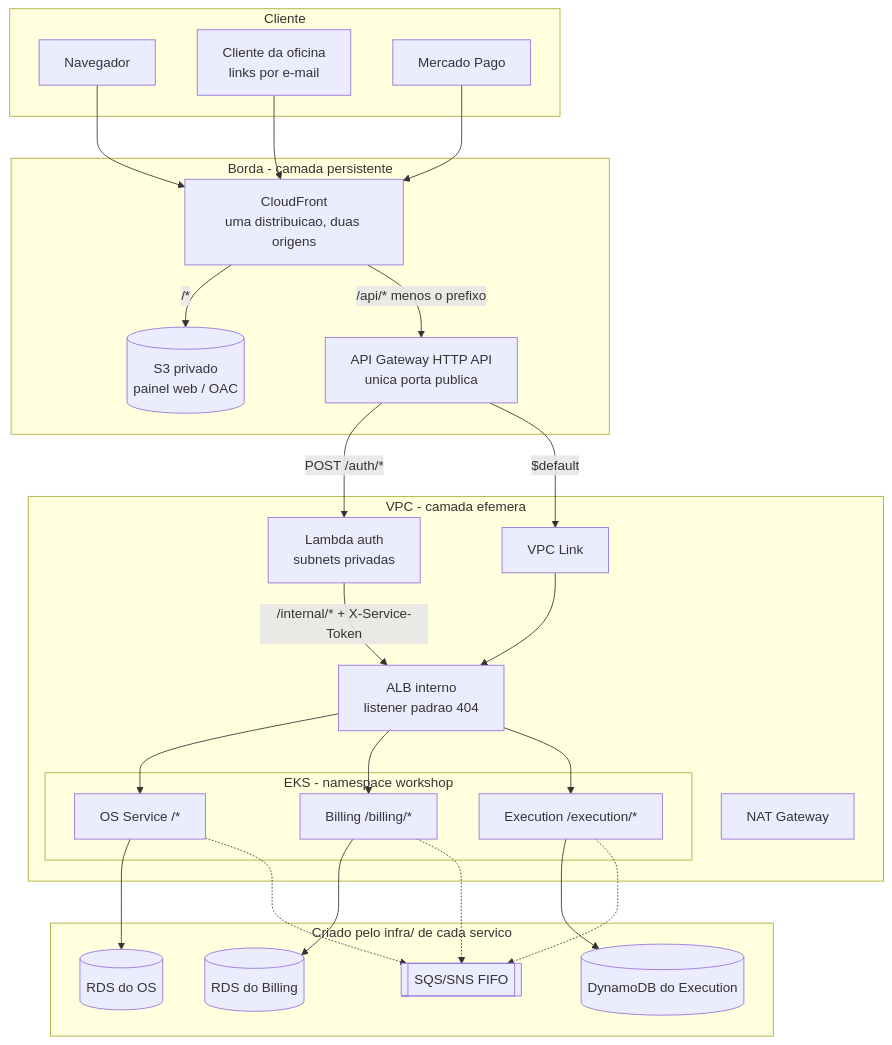
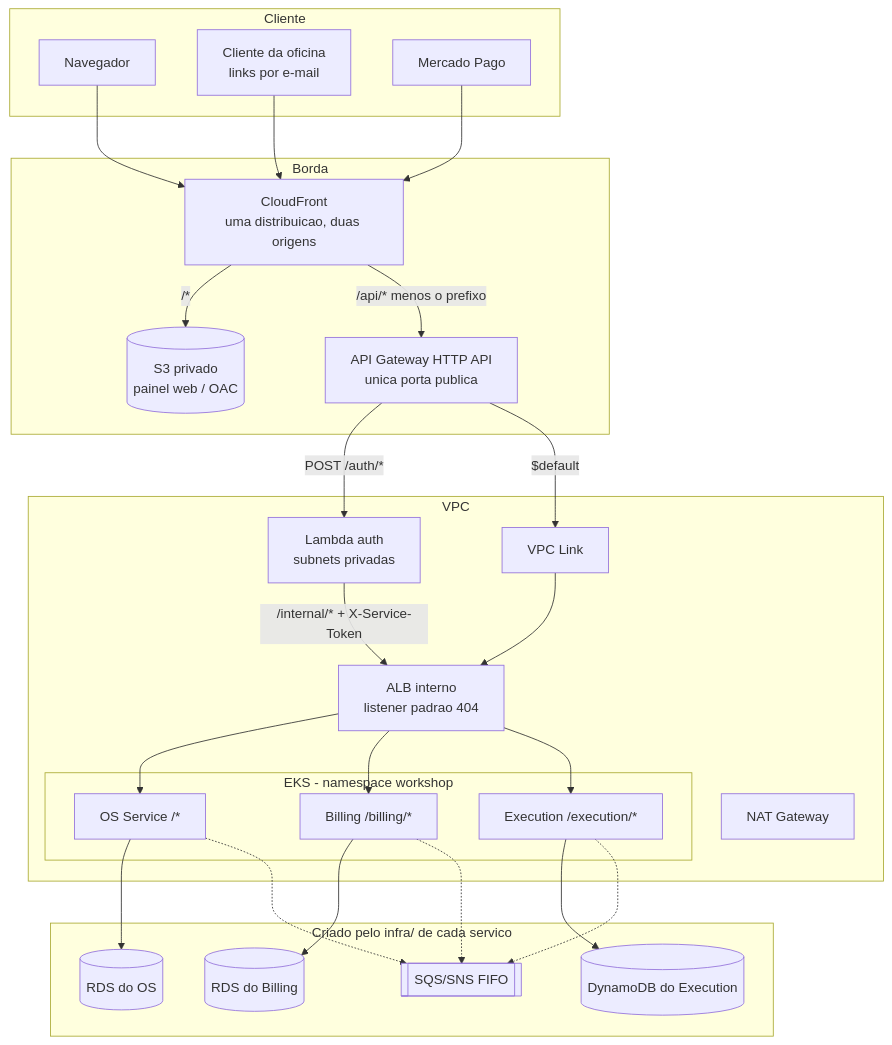
The first of 3 diagrams in README.md (SOAT-15-Oficina/oficina-mecanica-infrastructure), drawn with Mermaid before and after one commit. The commit also changed other lines of this file and 2 other files, not shown here.

Commit message:
Atualiza README, implantacao e RFC-0005 para a camada unica

````diff
--- a/README.md
+++ b/README.md
@@ -44,51 +44,51 @@
 ```mermaid
 flowchart TB
     subgraph browser [Cliente]
         U[Navegador]
         MAIL[Cliente da oficina<br/>links por e-mail]
         MP[Mercado Pago]
     end
 
-    subgraph edge [Borda - camada persistente]
+    subgraph edge [Borda]
         CF[CloudFront<br/>uma distribuicao, duas origens]
         S3[(S3 privado<br/>painel web / OAC)]
         GW[API Gateway HTTP API<br/>unica porta publica]
     end
 
-    subgraph vpc [VPC - camada efemera]
+    subgraph vpc [VPC]
         LINK[VPC Link]
         ALB[ALB interno<br/>listener padrao 404]
         subgraph eks [EKS - namespace workshop]
             OS[OS Service /*]
             BI[Billing /billing/*]
             EX[Execution /execution/*]
         end
         LMB[Lambda auth<br/>subnets privadas]
         NAT[NAT Gateway]
     end
 
     subgraph svc [Criado pelo infra/ de cada servico]
         RDSO[(RDS do OS)]
         RDSB[(RDS do Billing)]
         DDB[(DynamoDB do Execution)]
         Q[[SQS/SNS FIFO]]
     end
 
     U --> CF
     MAIL --> CF
     MP --> CF
     CF -->|/*| S3
     CF -->|/api/* menos o prefixo| GW
     GW -->|POST /auth/*| LMB
     GW -->|$default| LINK --> ALB
     ALB --> OS
     ALB --> BI
     ALB --> EX
     LMB -->|/internal/* + X-Service-Token| ALB
     OS --> RDSO
     BI --> RDSB
     EX --> DDB
     OS -.-> Q
     BI -.-> Q
     EX -.-> Q
 ```
````
